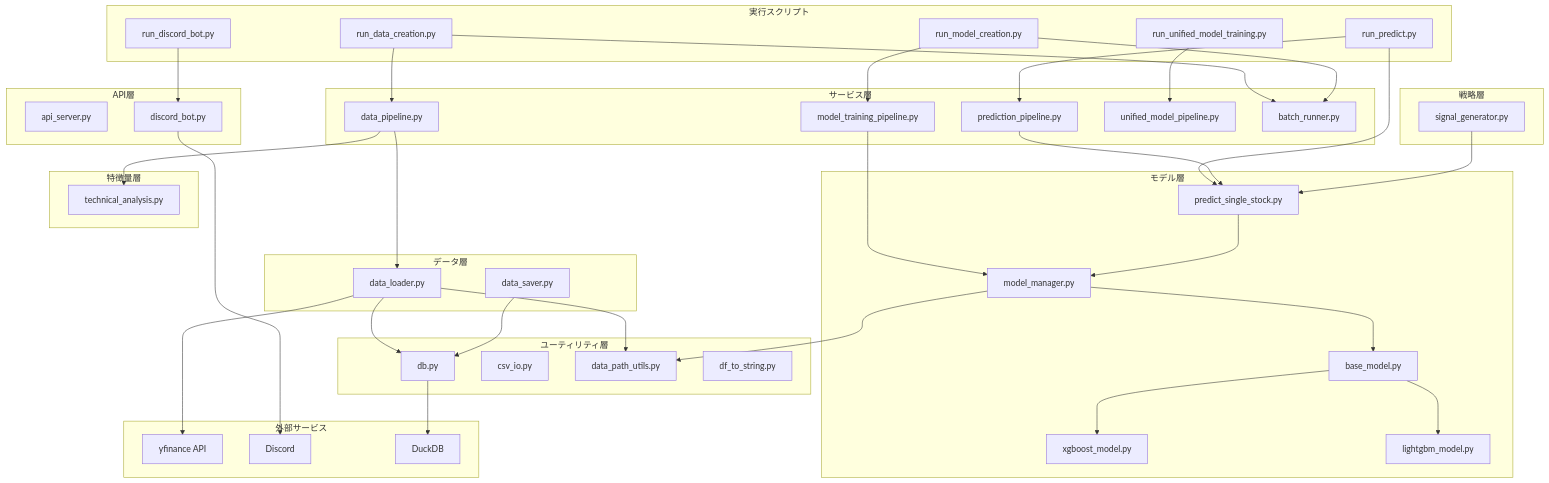
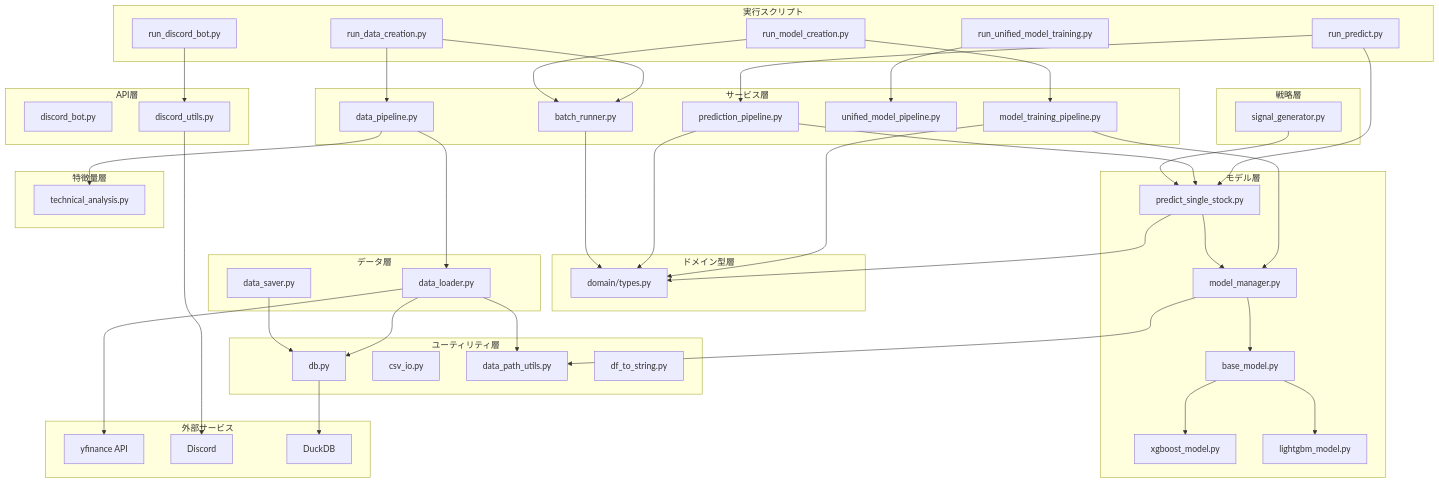
One commit to rei4725/StockFixer changed the diagram in docs/ARCHITECTURE.md. Above: the diagram before and after it, drawn with Mermaid. The commit also changed other lines of this file and 19 other files, not shown here.

```diff
--- a/docs/ARCHITECTURE.md
+++ b/docs/ARCHITECTURE.md
@@ -430,8 +456,8 @@
     end
 
     subgraph "API層"
-        A1[api_server.py]
-        A2[discord_bot.py]
+        A1[discord_bot.py]
+        A2[discord_utils.py]
     end
 
     subgraph "サービス層"
@@ -440,6 +466,10 @@
         S3[prediction_pipeline.py]
         S4[unified_model_pipeline.py]
         S5[batch_runner.py]
+    end
+
+    subgraph "ドメイン型層"
+        DM1[domain/types.py]
     end
 
     subgraph "モデル層"
@@ -487,6 +517,10 @@
 
     S2 --> M1
     S3 --> M5
+    S2 --> DM1
+    S3 --> DM1
+    S5 --> DM1
+    M5 --> DM1
 
     A2 --> E2
     S1 --> D1
```
